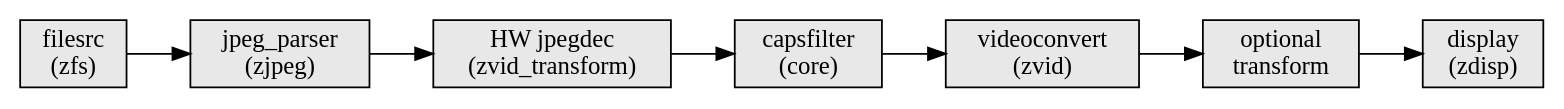
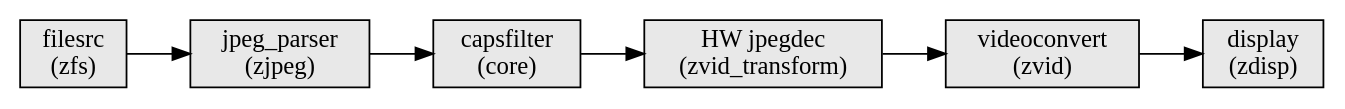
One commit to nxp-upstream/zephyr changed the first of 2 diagrams in samples/subsys/mp/jpeg_dec/README.rst. Above: the diagram before and after it, drawn with Graphviz. The commit also changed other lines of this file and 3 other files, not shown here.

```diff
--- a/samples/subsys/mp/jpeg_dec/README.rst
+++ b/samples/subsys/mp/jpeg_dec/README.rst
@@ -43,14 +24,13 @@
 .. graphviz::
 
    digraph pipeline_a {
      rankdir=LR;
      node [shape=box, style=filled, fillcolor="#e8e8e8"];
      filesrc      [label="filesrc\n(zfs)"];
      jpeg_parser  [label="jpeg_parser\n(zjpeg)"];
+     capsfilter   [label="capsfilter\n(core)"];
      hw_jpegdec   [label="HW jpegdec\n(zvid_transform)"];
-     capsfilter   [label="capsfilter\n(core)"];
      videoconvert [label="videoconvert\n(zvid)"];
-     opt_transform [label="optional\ntransform"];
      display      [label="display\n(zdisp)"];
-     filesrc -> jpeg_parser -> hw_jpegdec -> capsfilter -> videoconvert -> opt_transform -> display;
+     filesrc -> jpeg_parser -> capsfilter -> hw_jpegdec -> videoconvert -> display;
    }
```
